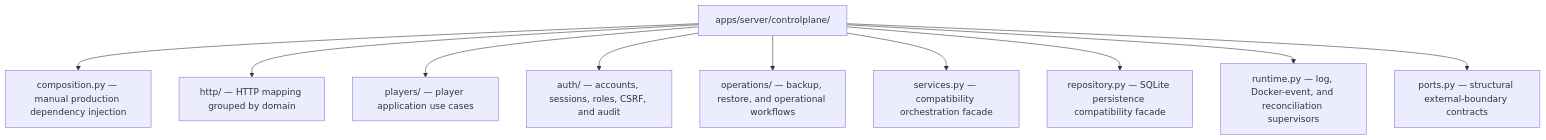
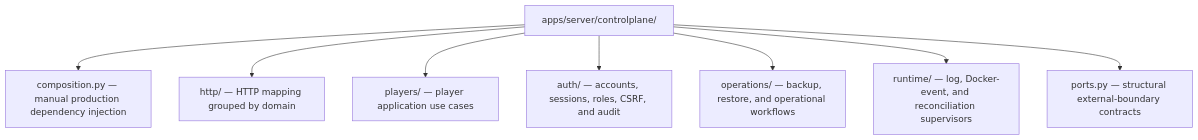
Before and after one commit to dgaramos/craftcontrol: the fourth of 5 diagrams in README.md, drawn with Mermaid. The commit also changed other lines of this file and 3 other files, not shown here.

````diff
--- a/README.md
+++ b/README.md
@@ -146,12 +139,10 @@
 ```mermaid
 flowchart TD
     manager["apps/server/controlplane/"] --> composition["composition.py — manual production dependency injection"]
     manager --> http["http/ — HTTP mapping grouped by domain"]
     manager --> players["players/ — player application use cases"]
     manager --> auth["auth/ — accounts, sessions, roles, CSRF, and audit"]
     manager --> operations["operations/ — backup, restore, and operational workflows"]
-    manager --> services["services.py — compatibility orchestration facade"]
-    manager --> repository["repository.py — SQLite persistence compatibility facade"]
-    manager --> runtime["runtime.py — log, Docker-event, and reconciliation supervisors"]
+    manager --> runtime["runtime/ — log, Docker-event, and reconciliation supervisors"]
     manager --> ports["ports.py — structural external-boundary contracts"]
 ```
````
